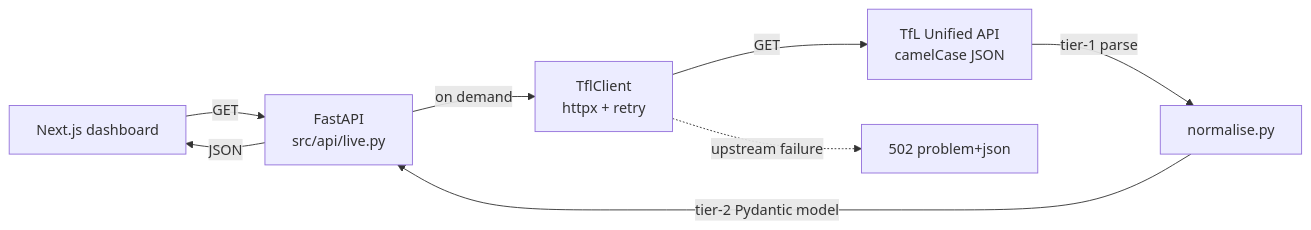
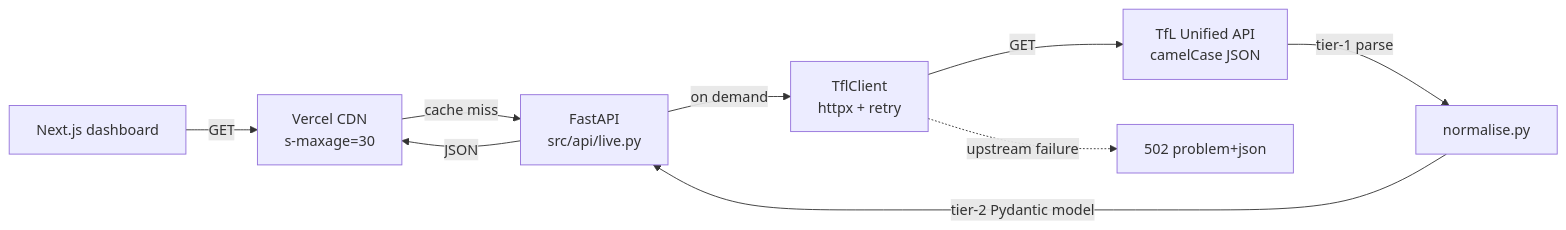
Before and after one commit to hcslomeu/tfl-monitor: the first of 2 diagrams in docs/pipelines/ingestion.md, drawn with Mermaid. The commit also changed other lines of this file and 140 other files, not shown here.

First line of the commit message:
contract: move API to Vercel, drop RAG, Postgres and Bedrock (TM-36) (#252)

````diff
--- a/docs/pipelines/ingestion.md
+++ b/docs/pipelines/ingestion.md
@@ -22,10 +20,11 @@
 ```mermaid
 flowchart LR
-    WEB[Next.js dashboard] -->|GET| API[FastAPI<br/>src/api/live.py]
+    WEB[Next.js dashboard] -->|GET| CDN[Vercel CDN<br/>s-maxage=30]
+    CDN -->|cache miss| API[FastAPI<br/>src/api/live.py]
     API -->|on demand| C[TflClient<br/>httpx + retry]
     C -->|GET| TFL[TfL Unified API<br/>camelCase JSON]
     TFL -->|tier-1 parse| N[normalise.py]
     N -->|tier-2 Pydantic model| API
-    API -->|JSON| WEB
+    API -->|JSON| CDN
     C -.upstream failure.-> E[502 problem+json]
 ```
````
